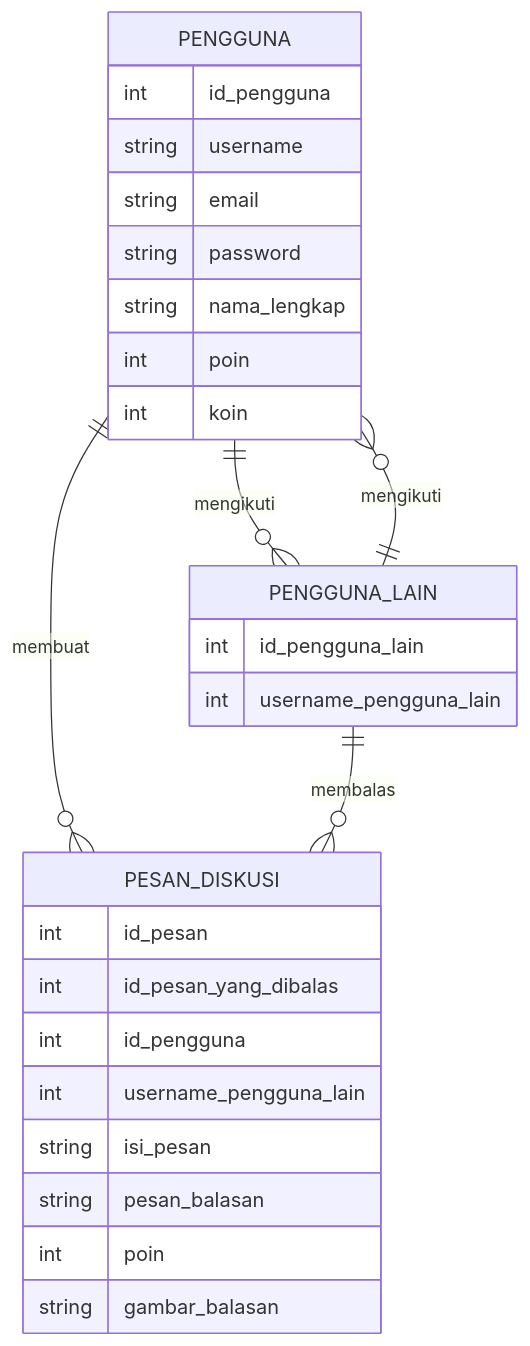
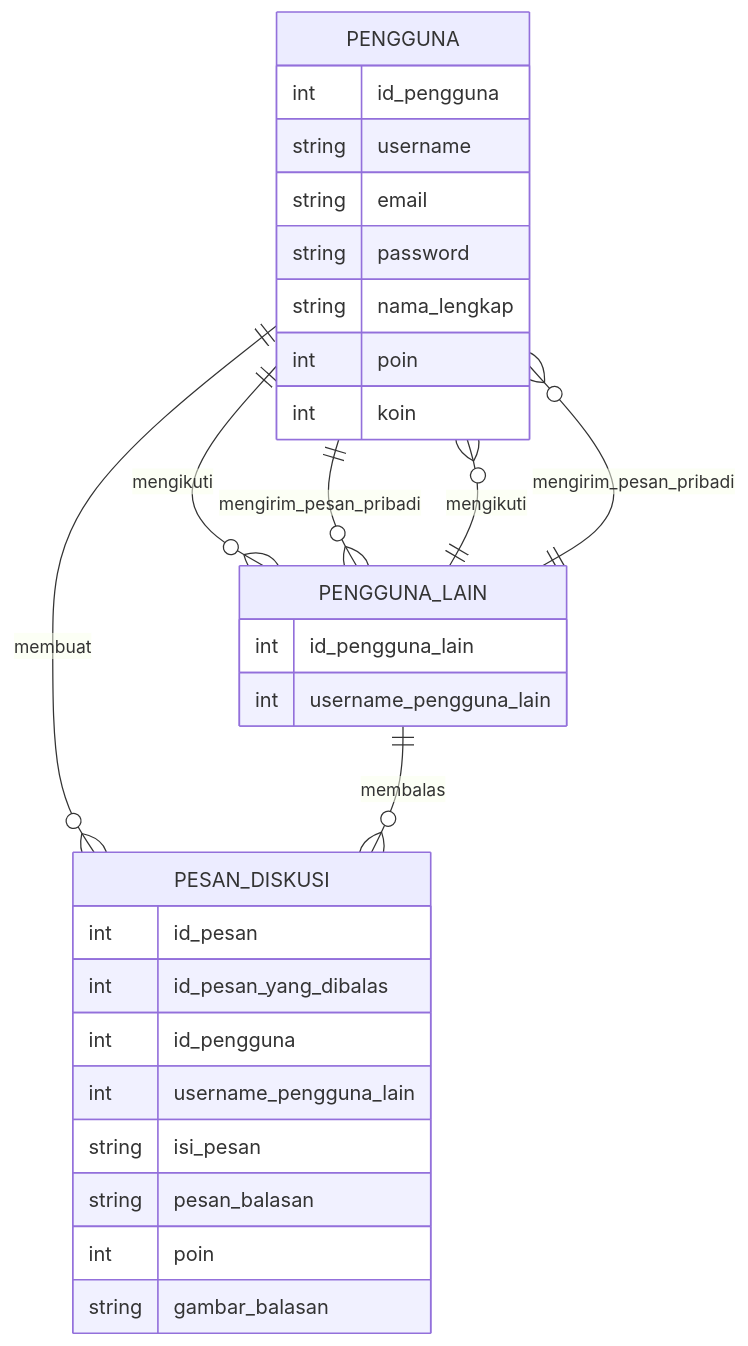
One commit to fahrizap/Kodein changed the diagram in job interview.MD. Above: the diagram before and after it, drawn with Mermaid.

Commit message:
Update job interview.MD

````diff
--- a/job interview.MD
+++ b/job interview.MD
@@ -20,32 +20,34 @@
 ```mermaid
 erDiagram
 
   PENGGUNA {
     int id_pengguna
     string username
     string email
     string password
     string nama_lengkap
     int poin
     int koin
   }
   PENGGUNA ||--o{ PESAN_DISKUSI : membuat
   PENGGUNA ||--o{ PENGGUNA_LAIN : mengikuti
+  PENGGUNA ||--o{ PENGGUNA_LAIN : mengirim_pesan_pribadi
   PESAN_DISKUSI {
     int id_pesan
     int id_pesan_yang_dibalas
     int id_pengguna 
     int username_pengguna_lain
     string isi_pesan
     string pesan_balasan
     int poin
     string gambar_balasan
   }
   PENGGUNA_LAIN {
     int id_pengguna_lain
     int username_pengguna_lain
   }
   PENGGUNA_LAIN ||--o{ PESAN_DISKUSI : membalas
   PENGGUNA_LAIN ||--o{ PENGGUNA : mengikuti
+  PENGGUNA_LAIN ||--o{ PENGGUNA : mengirim_pesan_pribadi
   
 ```
````
